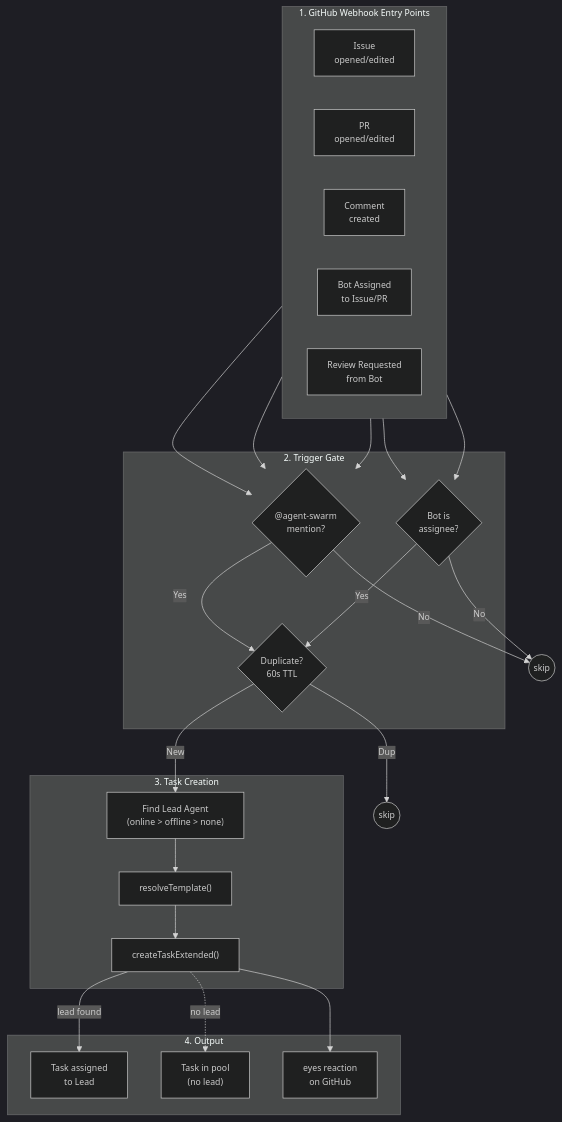
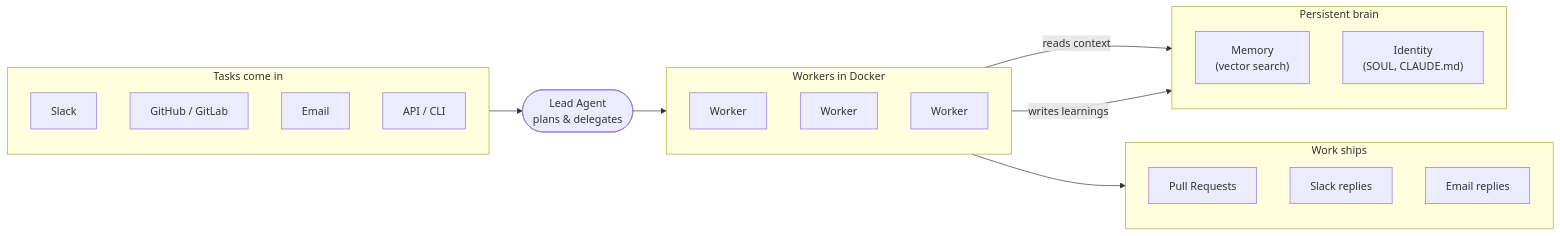
One commit to desplega-ai/agent-swarm changed the diagram in README.md. Above: the diagram before and after it, drawn with Mermaid. The commit also changed other lines of this file and 1 other file, not shown here.

````diff
--- a/README.md
+++ b/README.md
@@ -276,46 +40,37 @@
 ```mermaid
-%%{init: {'theme': 'dark', 'themeVariables': {'fontSize': '13px', 'nodeSpacing': 30, 'rankSpacing': 40}}}%%
-flowchart TB
-    subgraph ENTRY["1. GitHub Webhook Entry Points"]
-        direction LR
-        E1["Issue<br/>opened/edited"]
-        E2["PR<br/>opened/edited"]
-        E3["Comment<br/>created"]
-        E4["Bot Assigned<br/>to Issue/PR"]
-        E5["Review Requested<br/>from Bot"]
+flowchart LR
+    subgraph IN["Tasks come in"]
+        direction TB
+        S["Slack"]
+        G["GitHub / GitLab"]
+        E["Email"]
+        A["API / CLI"]
     end
 
-    subgraph GATE["2. Trigger Gate"]
-        M{"@agent-swarm<br/>mention?"}
-        A{"Bot is<br/>assignee?"}
-        D{"Duplicate?<br/>60s TTL"}
+    LEAD(["Lead Agent<br/>plans &amp; delegates"])
+
+    subgraph WORKERS["Workers in Docker"]
+        direction TB
+        W1["Worker"]
+        W2["Worker"]
+        W3["Worker"]
     end
 
-    subgraph CREATE["3. Task Creation"]
-        LEAD["Find Lead Agent<br/>(online > offline > none)"]
-        TPL["resolveTemplate()"]
-        TASK["createTaskExtended()"]
+    subgraph BRAIN["Persistent brain"]
+        direction TB
+        MEM["Memory<br/>(vector search)"]
+        ID["Identity<br/>(SOUL, CLAUDE.md)"]
     end
 
-    subgraph OUT["4. Output"]
-        ASSIGN["Task assigned<br/>to Lead"]
-        POOL["Task in pool<br/>(no lead)"]
-        REACT["eyes reaction<br/>on GitHub"]
+    subgraph OUT["Work ships"]
+        direction TB
+        PR["Pull Requests"]
+        REPLY["Slack replies"]
+        EMAIL["Email replies"]
     end
 
-    E1 & E2 & E3 --> M
-    E4 & E5 --> A
-
-    M -->|Yes| D
-    A -->|Yes| D
-    M & A -->|No| DROP1(("skip"))
-
-    D -->|New| LEAD
-    D -->|Dup| DROP2(("skip"))
-
-    LEAD --> TPL --> TASK
-
-    TASK -->|lead found| ASSIGN
-    TASK -.->|no lead| POOL
-    TASK --> REACT
+    IN --> LEAD --> WORKERS
+    WORKERS -->|reads context| BRAIN
+    WORKERS -->|writes learnings| BRAIN
+    WORKERS --> OUT
 ```
````
